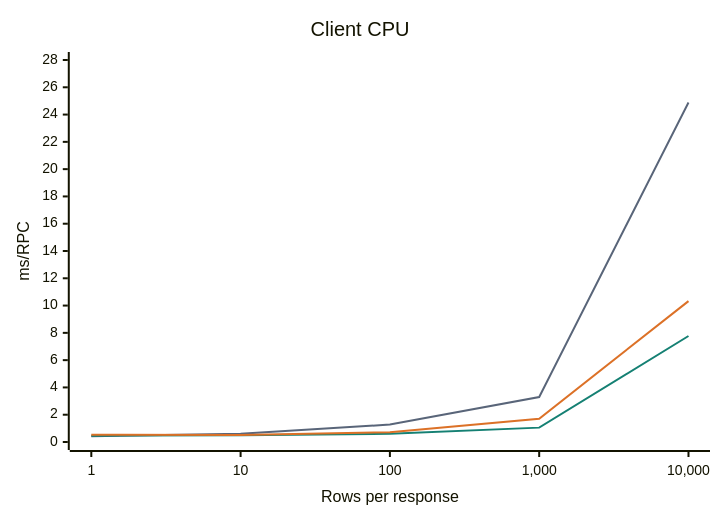
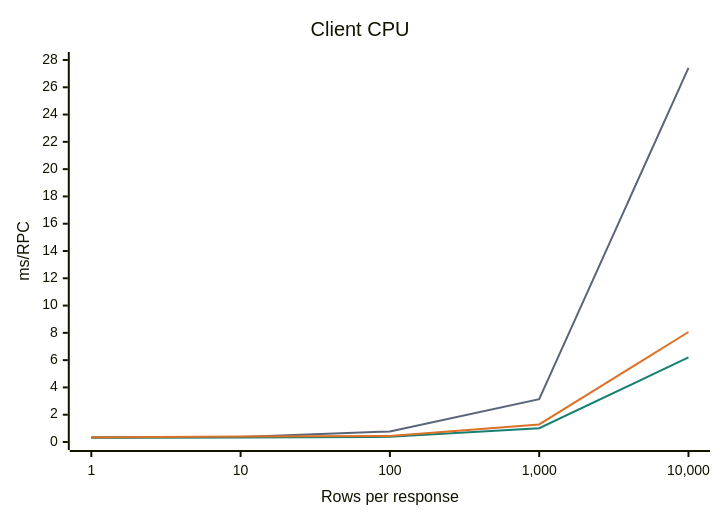
One commit to ydb-platform/ydb-go-sdk changed the first of 3 diagrams in QUERY.md. Above: the diagram before and after it, drawn with Mermaid. The commit also changed other lines of this file and 5 other files, not shown here.

Commit message:
perf(query): allocate Arrow row handles per batch

````diff
--- a/QUERY.md
+++ b/QUERY.md
@@ -202,15 +204,15 @@
 ```mermaid
 ---
 config:
   themeVariables:
     xyChart:
       plotColorPalette: "#596579, #158073, #dc7127"
 ---
 xychart-beta
     title "Client CPU"
     x-axis "Rows per response" ["1", "10", "100", "1,000", "10,000"]
     y-axis "ms/RPC" 0 --> 28
-    line "Value" [0.427, 0.603, 1.279, 3.296, 24.885]
-    line "QueryArrow" [0.466, 0.492, 0.600, 1.053, 7.771]
-    line "WithArrow" [0.526, 0.507, 0.723, 1.708, 10.328]
+    line "Value" [0.347, 0.374, 0.775, 3.144, 27.422]
+    line "QueryArrow" [0.306, 0.336, 0.380, 1.012, 6.200]
+    line "WithArrow" [0.327, 0.410, 0.435, 1.286, 8.062]
 ```
````
